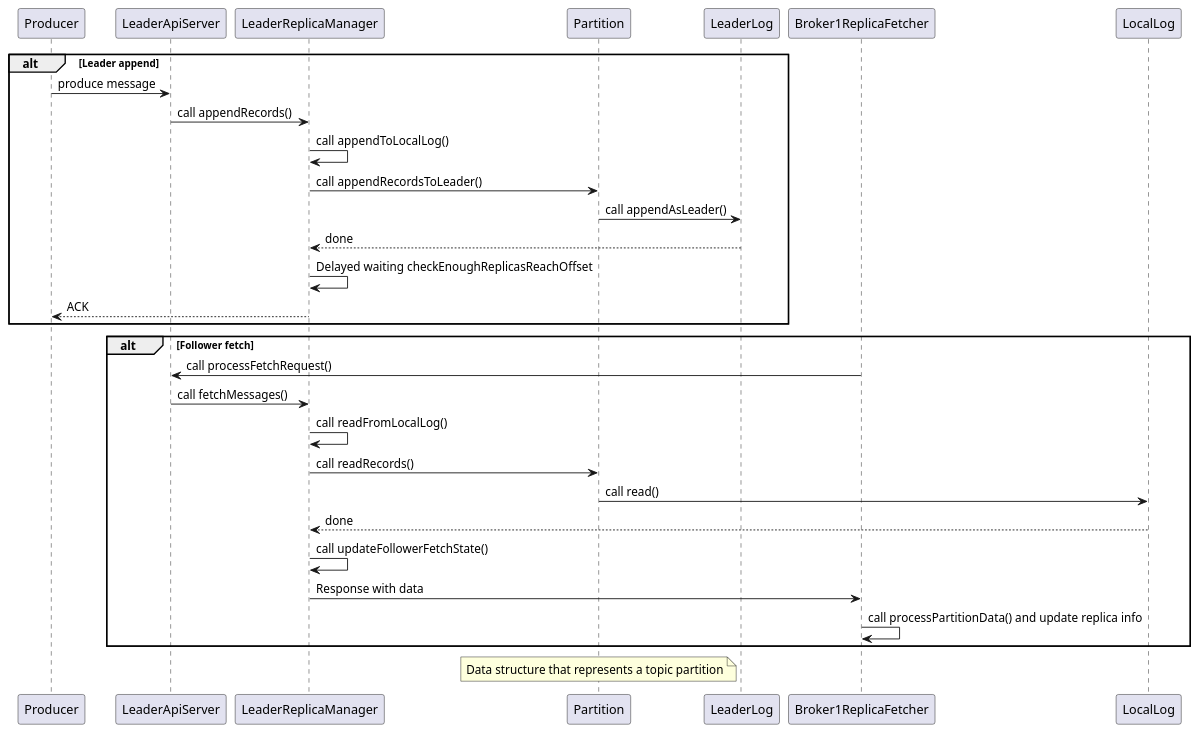
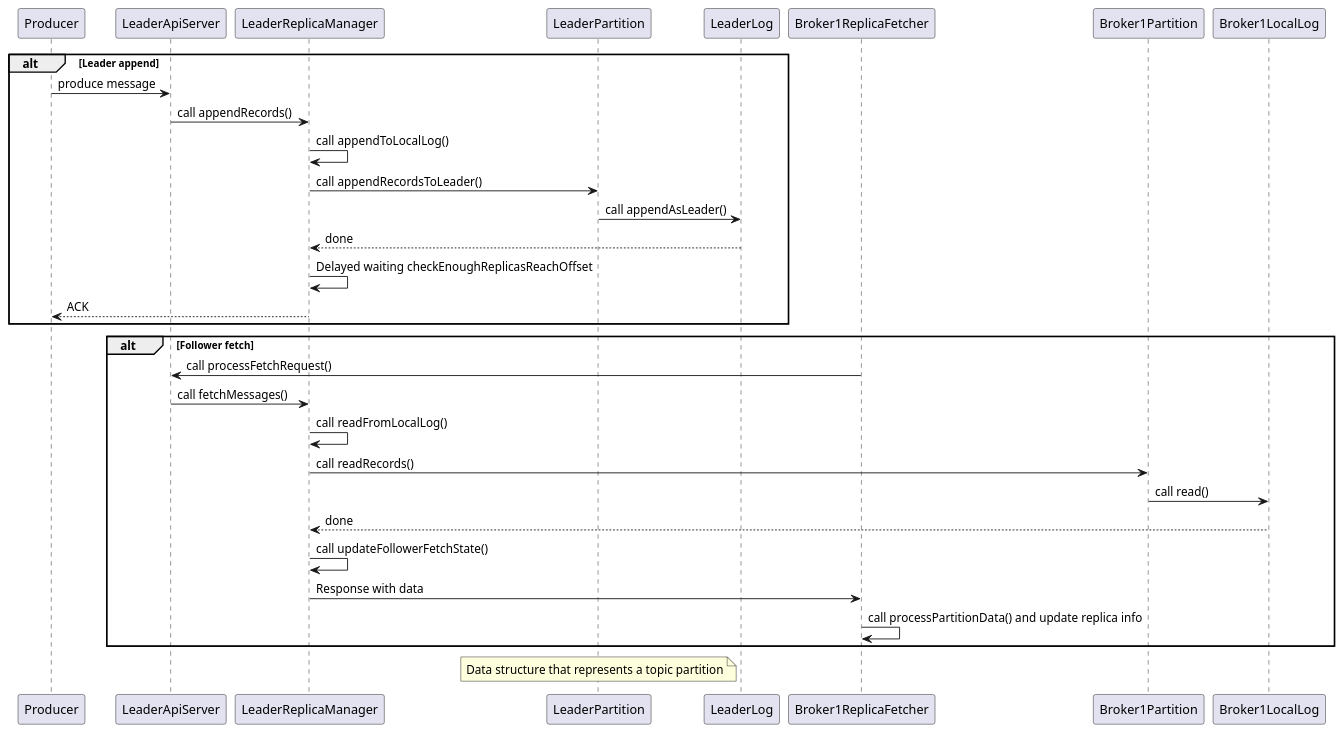
Before and after one commit to Rustin170506/kafka.slide: the fifth of 5 diagrams in slides.md, drawn with PlantUML. The commit also changed other lines of this file, not shown here.

Commit message:
Add useful tools

````diff
--- a/slides.md
+++ b/slides.md
@@ -423,28 +423,28 @@
-```plantuml {scale: 0.9}
+```plantuml
 @startuml
 alt Leader append
 Producer -> LeaderApiServer : produce message 
 LeaderApiServer -> LeaderReplicaManager : call appendRecords()
 LeaderReplicaManager -> LeaderReplicaManager : call appendToLocalLog()
-LeaderReplicaManager -> Partition : call appendRecordsToLeader()
-Partition -> LeaderLog : call appendAsLeader()
+LeaderReplicaManager -> LeaderPartition : call appendRecordsToLeader()
+LeaderPartition -> LeaderLog : call appendAsLeader()
 LeaderReplicaManager <-- LeaderLog : done
 LeaderReplicaManager -> LeaderReplicaManager : Delayed waiting checkEnoughReplicasReachOffset
 Producer <-- LeaderReplicaManager : ACK
 end
 
 alt Follower fetch
 Broker1ReplicaFetcher -> LeaderApiServer : call processFetchRequest()
 LeaderApiServer -> LeaderReplicaManager: call fetchMessages()
 LeaderReplicaManager -> LeaderReplicaManager : call readFromLocalLog()
-LeaderReplicaManager -> Partition : call readRecords()
-Partition -> LocalLog : call read()
-LeaderReplicaManager <-- LocalLog : done
+LeaderReplicaManager -> Broker1Partition : call readRecords()
+Broker1Partition -> Broker1LocalLog : call read()
+LeaderReplicaManager <-- Broker1LocalLog : done
 LeaderReplicaManager -> LeaderReplicaManager : call updateFollowerFetchState()
 LeaderReplicaManager -> Broker1ReplicaFetcher : Response with data
 Broker1ReplicaFetcher -> Broker1ReplicaFetcher: call processPartitionData() and update replica info
 end
 
-note over of Partition : Data structure that represents a topic partition
+note over of LeaderPartition : Data structure that represents a topic partition
 @enduml
 ```
````
